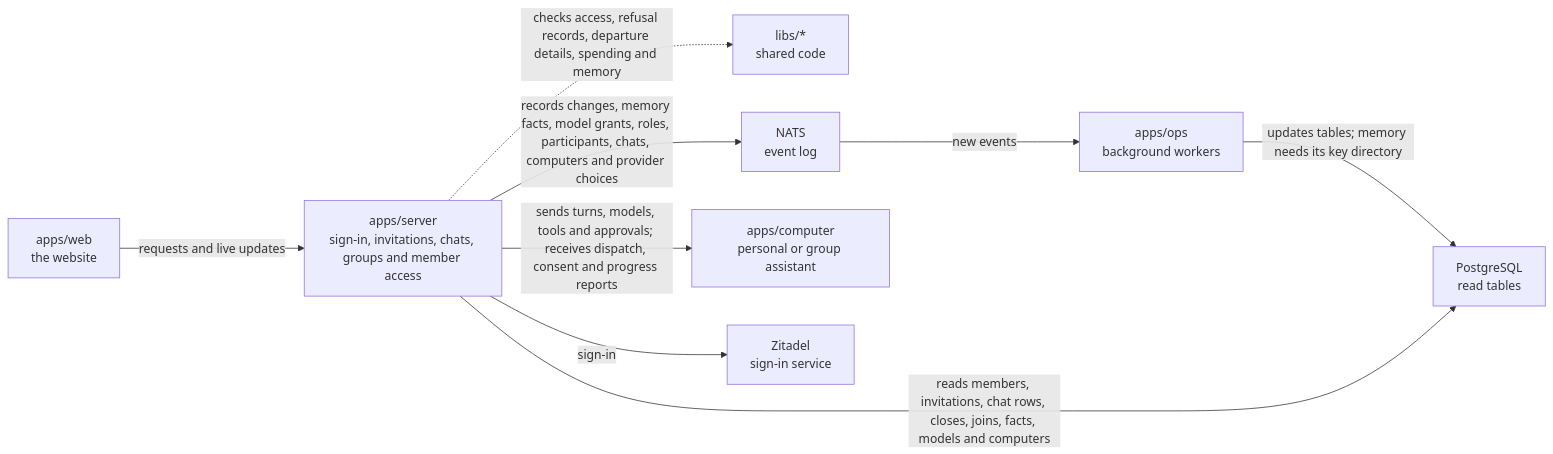
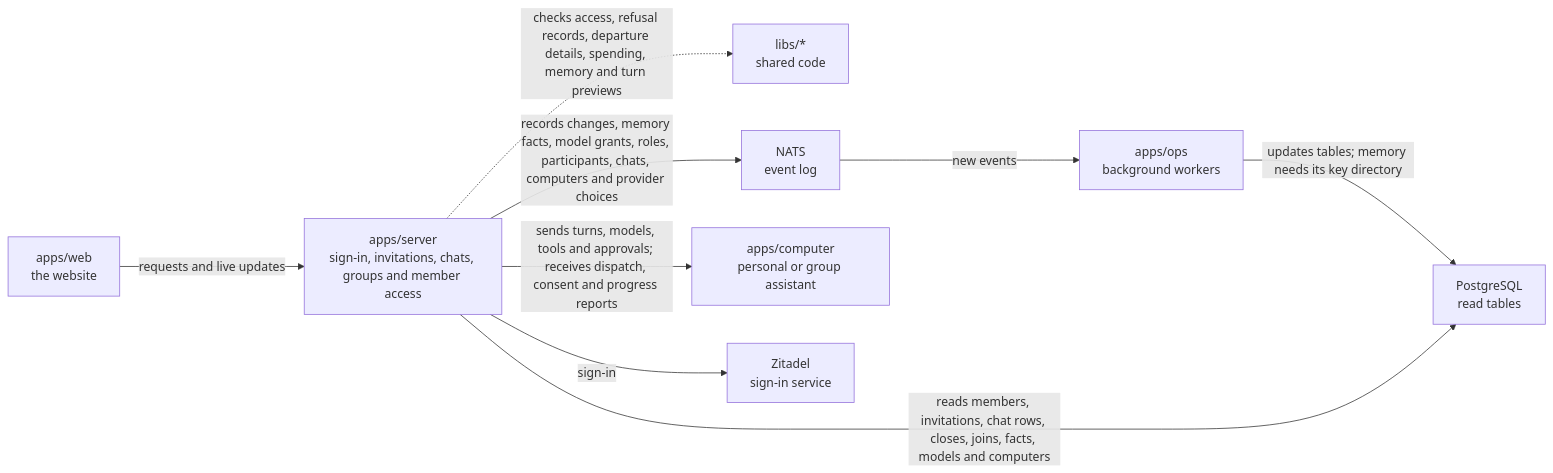
One commit to elewa-git/opencrane-new changed the diagram in apps/server/README.md. Above: the diagram before and after it, drawn with Mermaid. The commit also changed 11 other files, not shown here.

````diff
--- a/apps/server/README.md
+++ b/apps/server/README.md
@@ -11,11 +11,11 @@
 ```mermaid
 flowchart LR
   web["apps/web<br/>the website"] -->|requests and live updates| server["apps/server<br/>sign-in, invitations, chats, groups and member access"]
-  server -.->|checks access, refusal records, departure details, spending and memory| libs["libs/*<br/>shared code"]
+  server -.->|checks access, refusal records, departure details, spending, memory and turn previews| libs["libs/*<br/>shared code"]
   server -->|records changes, memory facts, model grants, roles, participants, chats, computers and provider choices| nats["NATS<br/>event log"]
   nats -->|new events| ops["apps/ops<br/>background workers"]
   ops -->|updates tables; memory needs its key directory| postgres["PostgreSQL<br/>read tables"]
   server -->|reads members, invitations, chat rows, closes, joins, facts, models and computers| postgres
   server -->|sends turns, models, tools and approvals; receives dispatch, consent and progress reports| computer["apps/computer<br/>personal or group assistant"]
   server -->|sign-in| zitadel["Zitadel<br/>sign-in service"]
 ```
````
